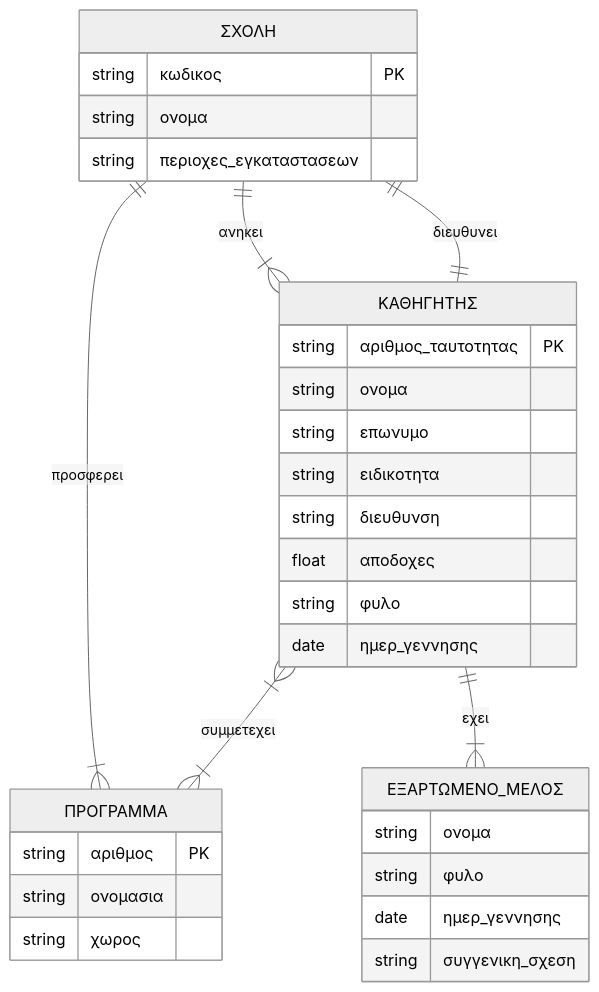
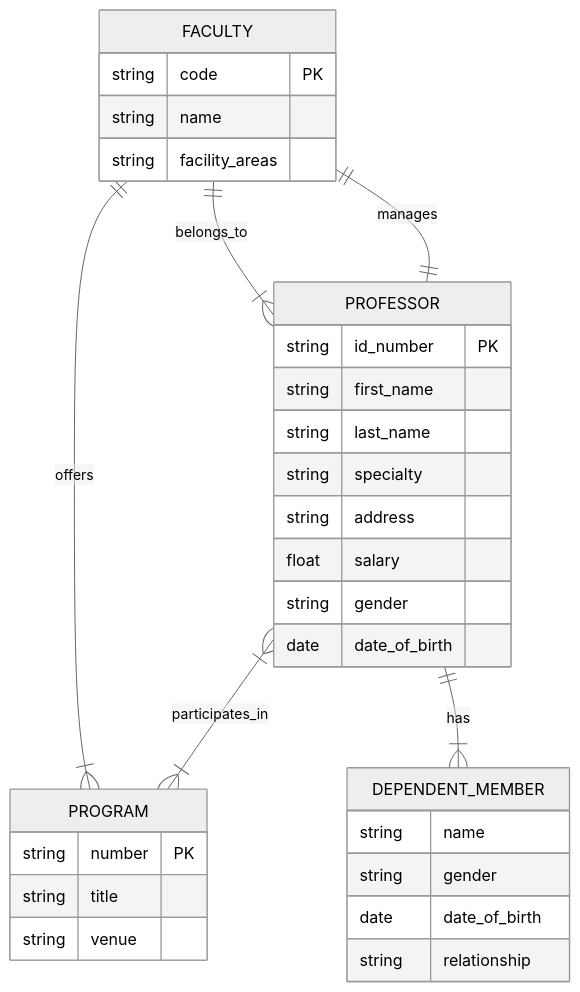
Before and after one commit to PanagopoulosNikolaos/DitOpenNotes: the diagram in Year_2/Semester_4/DATABASES/Exams/Practice_Exams/Practice_Exam_06_Image_Translation.md, drawn with Mermaid (neutral theme). The commit also changed 5 other files, not shown here.

Commit message:
refactor: translate database entity schemas and SQL queries from Greek to English across notes and practice exams

````diff
--- a/Year_2/Semester_4/DATABASES/Exams/Practice_Exams/Practice_Exam_06_Image_Translation.md
+++ b/Year_2/Semester_4/DATABASES/Exams/Practice_Exams/Practice_Exam_06_Image_Translation.md
@@ -31,35 +31,35 @@
 ```mermaid
 erDiagram
-    ΣΧΟΛΗ ||--|{ ΚΑΘΗΓΗΤΗΣ : "ανηκει"
-    ΣΧΟΛΗ ||--|| ΚΑΘΗΓΗΤΗΣ : "διευθυνει"
-    ΣΧΟΛΗ ||--|{ ΠΡΟΓΡΑΜΜΑ : "προσφερει"
-    ΚΑΘΗΓΗΤΗΣ }|--|{ ΠΡΟΓΡΑΜΜΑ : "συμμετεχει"
-    ΚΑΘΗΓΗΤΗΣ ||--|{ ΕΞΑΡΤΩΜΕΝΟ_ΜΕΛΟΣ : "εχει"
+    FACULTY ||--|{ PROFESSOR : "belongs_to"
+    FACULTY ||--|| PROFESSOR : "manages"
+    FACULTY ||--|{ PROGRAM : "offers"
+    PROFESSOR }|--|{ PROGRAM : "participates_in"
+    PROFESSOR ||--|{ DEPENDENT_MEMBER : "has"
 
-    ΣΧΟΛΗ {
-        string κωδικος PK
-        string ονομα
-        string περιοχες_εγκαταστασεων
+    FACULTY {
+        string code PK
+        string name
+        string facility_areas
     }
-    ΚΑΘΗΓΗΤΗΣ {
-        string αριθμος_ταυτοτητας PK
-        string ονομα
-        string επωνυμο
-        string ειδικοτητα
-        string διευθυνση
-        float αποδοχες
-        string φυλο
-        date ημερ_γεννησης
+    PROFESSOR {
+        string id_number PK
+        string first_name
+        string last_name
+        string specialty
+        string address
+        float salary
+        string gender
+        date date_of_birth
     }
-    ΠΡΟΓΡΑΜΜΑ {
-        string αριθμος PK
-        string ονομασια
-        string χωρος
+    PROGRAM {
+        string number PK
+        string title
+        string venue
     }
-    ΕΞΑΡΤΩΜΕΝΟ_ΜΕΛΟΣ {
-        string ονομα
-        string φυλο
-        date ημερ_γεννησης
-        string συγγενικη_σχεση
+    DEPENDENT_MEMBER {
+        string name
+        string gender
+        date date_of_birth
+        string relationship
     }
 ```
````
